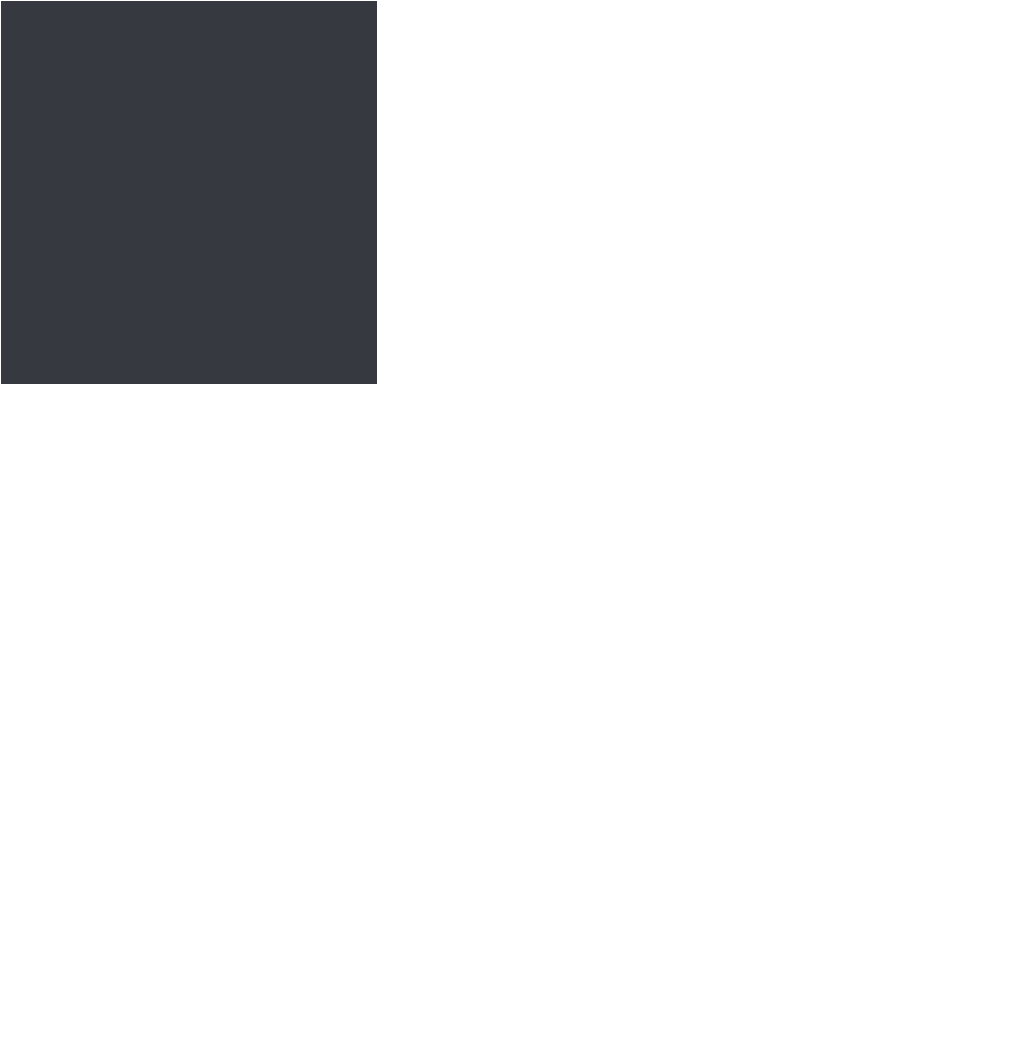
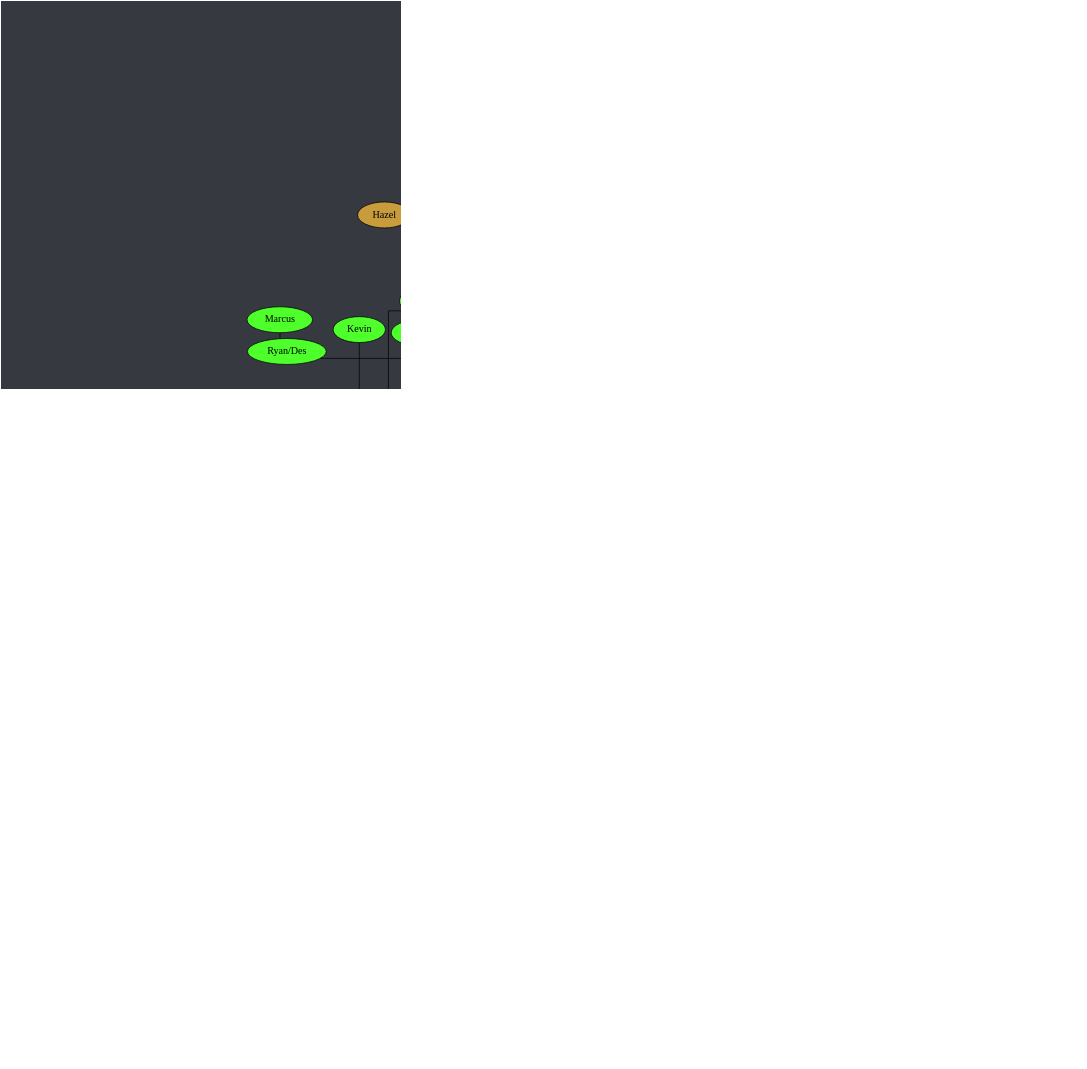
Before and after one commit to Documidas/CoronaCatzFamilyTree: the diagram in tree.dot, drawn with Graphviz. The commit also changed 1 other file, not shown here.

```diff
--- a/tree.dot
+++ b/tree.dot
@@ -30,7 +30,8 @@
 		Joel -- Kat;
 		Joel -- Patrick;
 		Joel -- Steven;
-		Joel -- "Zachry";
+		Joel -- Zachry;
+		Zachry -- Syd;
 	}
 
 	subgraph "Anders" {
```
